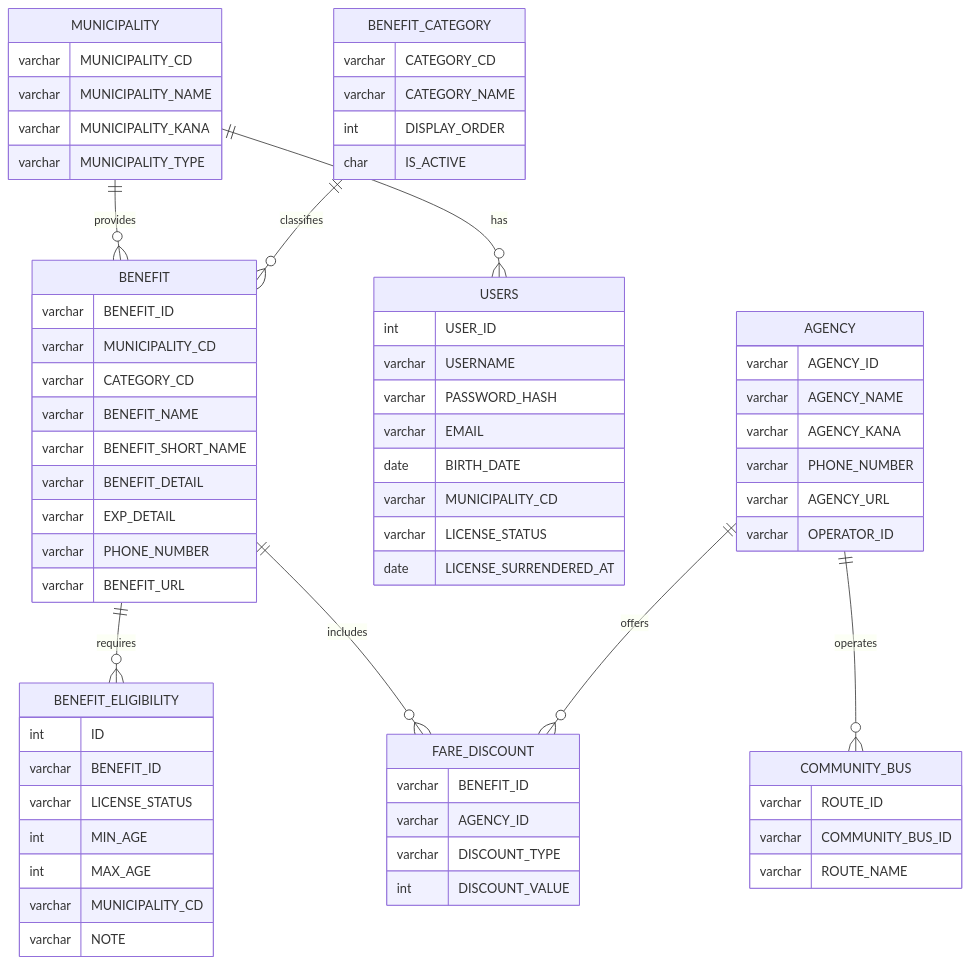
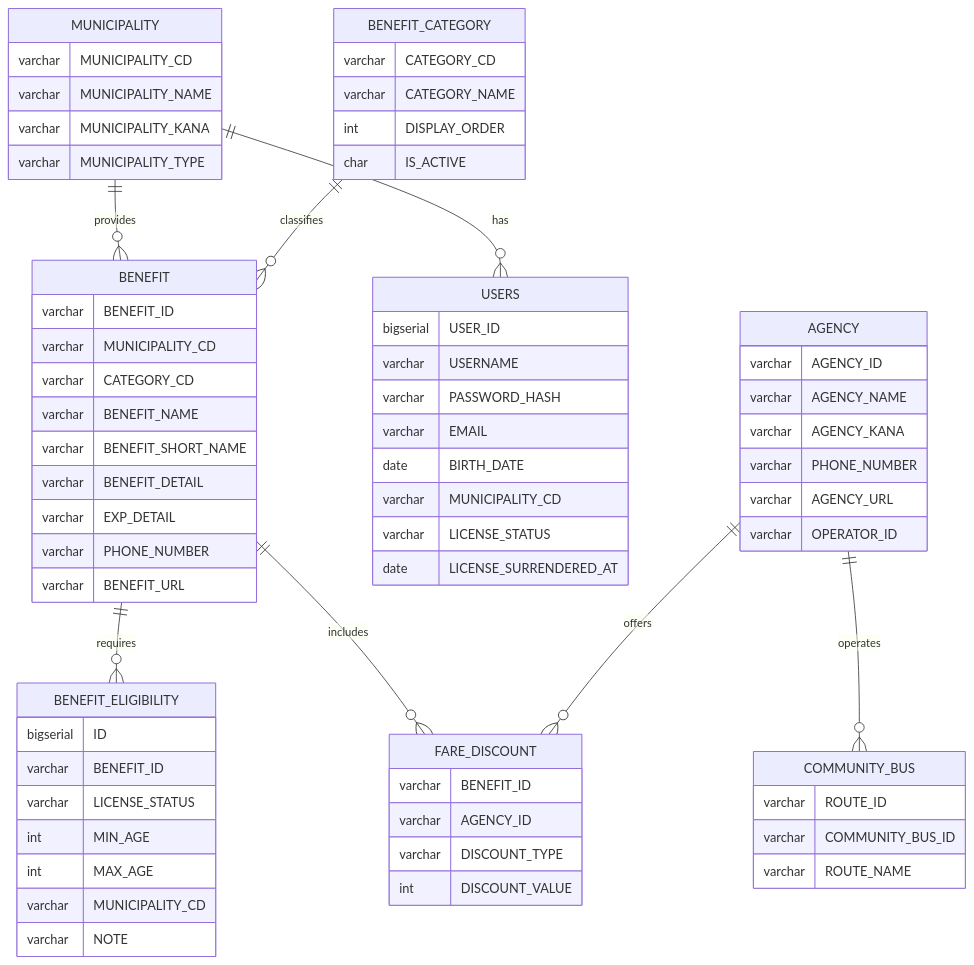
The diagram in docs/03_database/er_diagram.md (taichi0373/kumamoto-henno-map), drawn with Mermaid before and after one commit. The commit also changed 2 other files, not shown here.

Commit message:
指摘事項の修正

````diff
--- a/docs/03_database/er_diagram.md
+++ b/docs/03_database/er_diagram.md
@@ -9,80 +9,80 @@
 ```mermaid
 erDiagram
 
     MUNICIPALITY {
         varchar MUNICIPALITY_CD
         varchar MUNICIPALITY_NAME
         varchar MUNICIPALITY_KANA
         varchar MUNICIPALITY_TYPE
     }
 
     BENEFIT_CATEGORY {
         varchar CATEGORY_CD
         varchar CATEGORY_NAME
         int     DISPLAY_ORDER
         char    IS_ACTIVE
     }
 
     BENEFIT {
         varchar BENEFIT_ID
         varchar MUNICIPALITY_CD
         varchar CATEGORY_CD
         varchar BENEFIT_NAME
         varchar BENEFIT_SHORT_NAME
         varchar BENEFIT_DETAIL
         varchar EXP_DETAIL
         varchar PHONE_NUMBER
         varchar BENEFIT_URL
     }
 
     BENEFIT_ELIGIBILITY {
-        int     ID
-        varchar BENEFIT_ID
-        varchar LICENSE_STATUS
-        int     MIN_AGE
-        int     MAX_AGE
-        varchar MUNICIPALITY_CD
-        varchar NOTE
+        bigserial ID
+        varchar   BENEFIT_ID
+        varchar   LICENSE_STATUS
+        int       MIN_AGE
+        int       MAX_AGE
+        varchar   MUNICIPALITY_CD
+        varchar   NOTE
     }
 
     USERS {
-        int     USER_ID
-        varchar USERNAME
-        varchar PASSWORD_HASH
-        varchar EMAIL
-        date    BIRTH_DATE
-        varchar MUNICIPALITY_CD
-        varchar LICENSE_STATUS
-        date    LICENSE_SURRENDERED_AT
+        bigserial USER_ID
+        varchar   USERNAME
+        varchar   PASSWORD_HASH
+        varchar   EMAIL
+        date      BIRTH_DATE
+        varchar   MUNICIPALITY_CD
+        varchar   LICENSE_STATUS
+        date      LICENSE_SURRENDERED_AT
     }
 
     AGENCY {
         varchar AGENCY_ID
         varchar AGENCY_NAME
         varchar AGENCY_KANA
         varchar PHONE_NUMBER
         varchar AGENCY_URL
         varchar OPERATOR_ID
     }
 
     COMMUNITY_BUS {
         varchar ROUTE_ID
         varchar COMMUNITY_BUS_ID
         varchar ROUTE_NAME
     }
 
     FARE_DISCOUNT {
         varchar BENEFIT_ID
         varchar AGENCY_ID
         varchar DISCOUNT_TYPE
         int     DISCOUNT_VALUE
     }
 
     MUNICIPALITY      ||--o{ BENEFIT             : provides
     MUNICIPALITY      ||--o{ USERS               : has
     BENEFIT_CATEGORY  ||--o{ BENEFIT             : classifies
     BENEFIT           ||--o{ BENEFIT_ELIGIBILITY : requires
     BENEFIT           ||--o{ FARE_DISCOUNT        : includes
     AGENCY            ||--o{ COMMUNITY_BUS        : operates
     AGENCY            ||--o{ FARE_DISCOUNT        : offers
 ```
````
